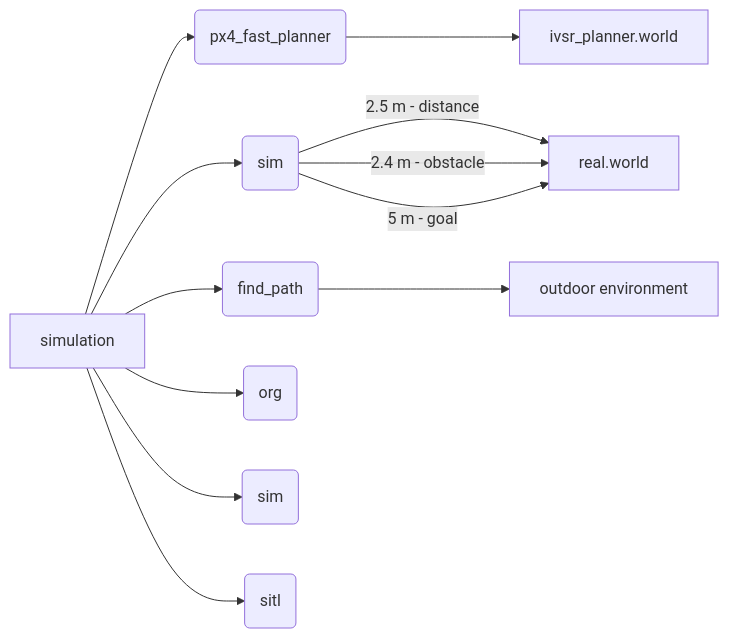
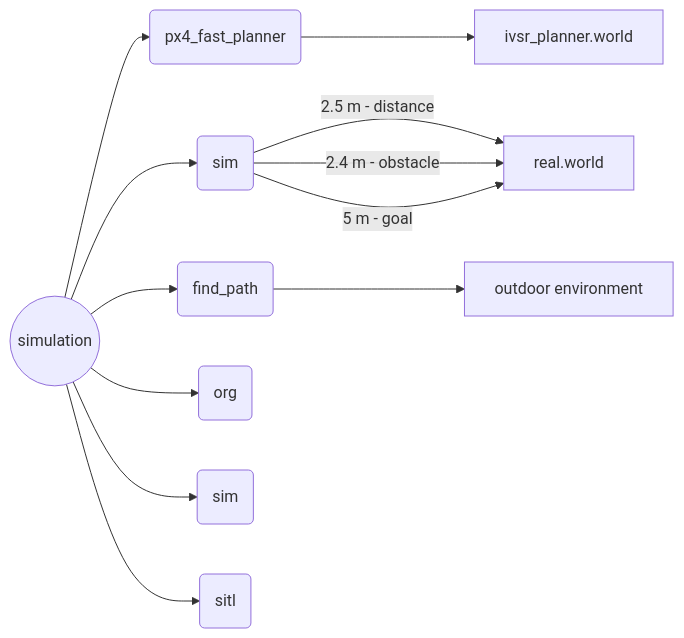
The fourth of 4 diagrams in README.md (Dieptranivsr/drone_extend), drawn with Mermaid before and after one commit.

````diff
--- a/README.md
+++ b/README.md
@@ -33,15 +33,15 @@
 ```mermaid
 flowchart LR 
 
-A[simulation] --> B(px4_fast_planner)
+A((simulation)) --> B(px4_fast_planner)
 B --> C[ivsr_planner.world]
 A --> D(sim)
 D -->|2.5 m - distance| E[real.world]
 D -->|2.4 m - obstacle| E
 D -->|5 m - goal| E
 A --> F(find_path)
 F --> G[outdoor environment]
 A --> H(org)
 A --> J(sim)
 A --> K(sitl)
 ```
````
